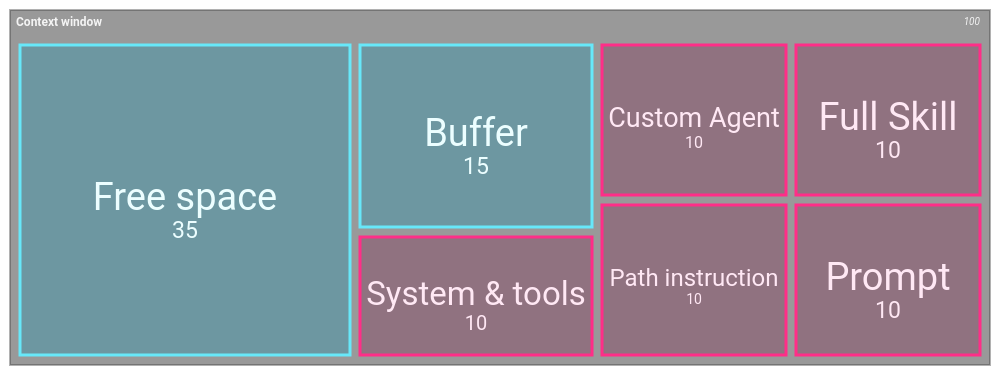
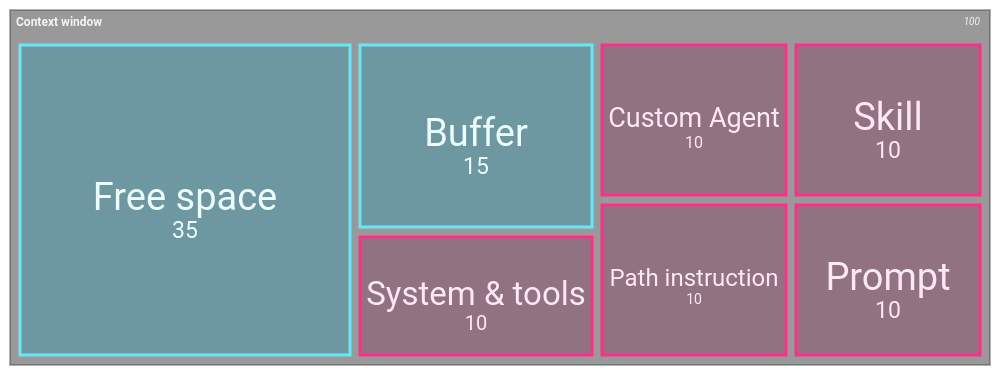
Before and after one commit to theomonfort/theomonfort: the fourth of 6 diagrams in src/content/glossary/context-engineering.md, drawn with Mermaid (neutral theme). The commit also changed other lines of this file, not shown here.

````diff
--- a/src/content/glossary/context-engineering.md
+++ b/src/content/glossary/context-engineering.md
@@ -71,13 +85,13 @@
 ```mermaid
 treemap-beta
 "Context window"
   "System & tools": 10:::used
   "Custom Agent": 10:::used
   "Path instruction": 10:::used
-  "Full Skill": 10:::used
+  "Skill": 10:::used
   "Prompt": 10:::used
   "Free space": 35:::free
   "Buffer": 15:::free
 classDef used fill:#7a1748,stroke:#ff2e88,color:#ffe8f4
 classDef free fill:#0891b2,stroke:#67e8f9,color:#ecfeff
 ```
````
